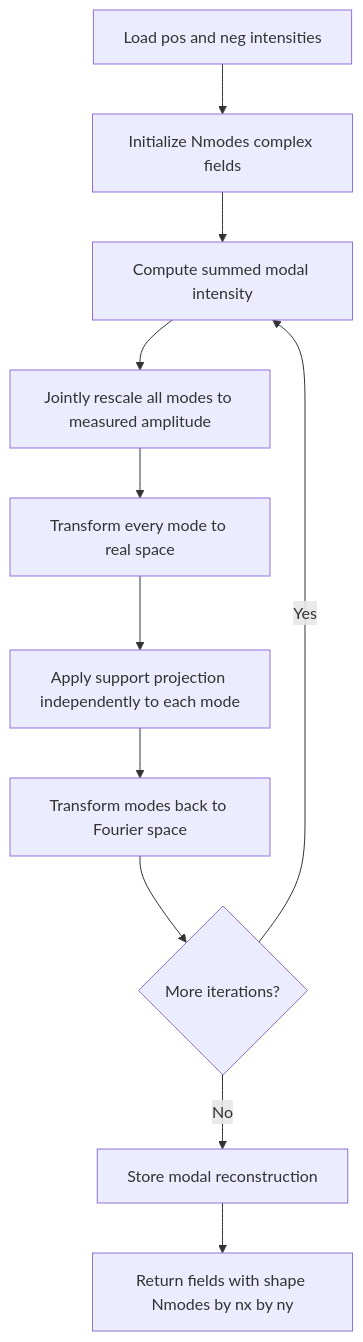
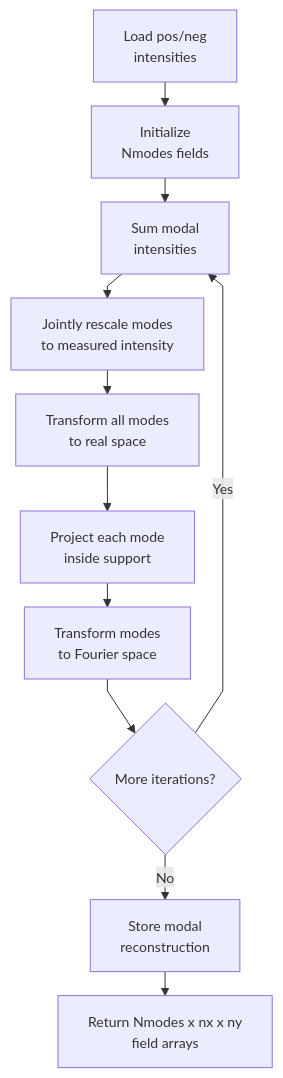
The second of 5 diagrams in docs/phase_retrieval_libraries.md (riccbatt/FTH-Phase-Retrieval-2609-SOLEIL-SEXTANTS), drawn with Mermaid before and after one commit. The commit also changed other lines of this file and 2 other files, not shown here.

````diff
--- a/docs/phase_retrieval_libraries.md
+++ b/docs/phase_retrieval_libraries.md
@@ -230,13 +234,14 @@
 ```mermaid
+%%{init: {"flowchart": {"nodeSpacing": 18, "rankSpacing": 24, "curve": "linear"}, "themeVariables": {"fontSize": "14px"}}}%%
 flowchart TD
-    A[Load pos and neg intensities] --> B[Initialize Nmodes complex fields]
-    B --> C[Compute summed modal intensity]
-    C --> D[Jointly rescale all modes to measured amplitude]
-    D --> E[Transform every mode to real space]
-    E --> F[Apply support projection independently to each mode]
-    F --> G[Transform modes back to Fourier space]
+    A[Load pos/neg<br/>intensities] --> B[Initialize<br/>Nmodes fields]
+    B --> C[Sum modal<br/>intensities]
+    C --> D[Jointly rescale modes<br/>to measured intensity]
+    D --> E[Transform all modes<br/>to real space]
+    E --> F[Project each mode<br/>inside support]
+    F --> G[Transform modes<br/>to Fourier space]
     G --> H{More iterations?}
     H -- Yes --> C
-    H -- No --> I[Store modal reconstruction]
-    I --> J[Return fields with shape Nmodes by nx by ny]
+    H -- No --> I[Store modal<br/>reconstruction]
+    I --> J[Return Nmodes x nx x ny<br/>field arrays]
 ```
````
